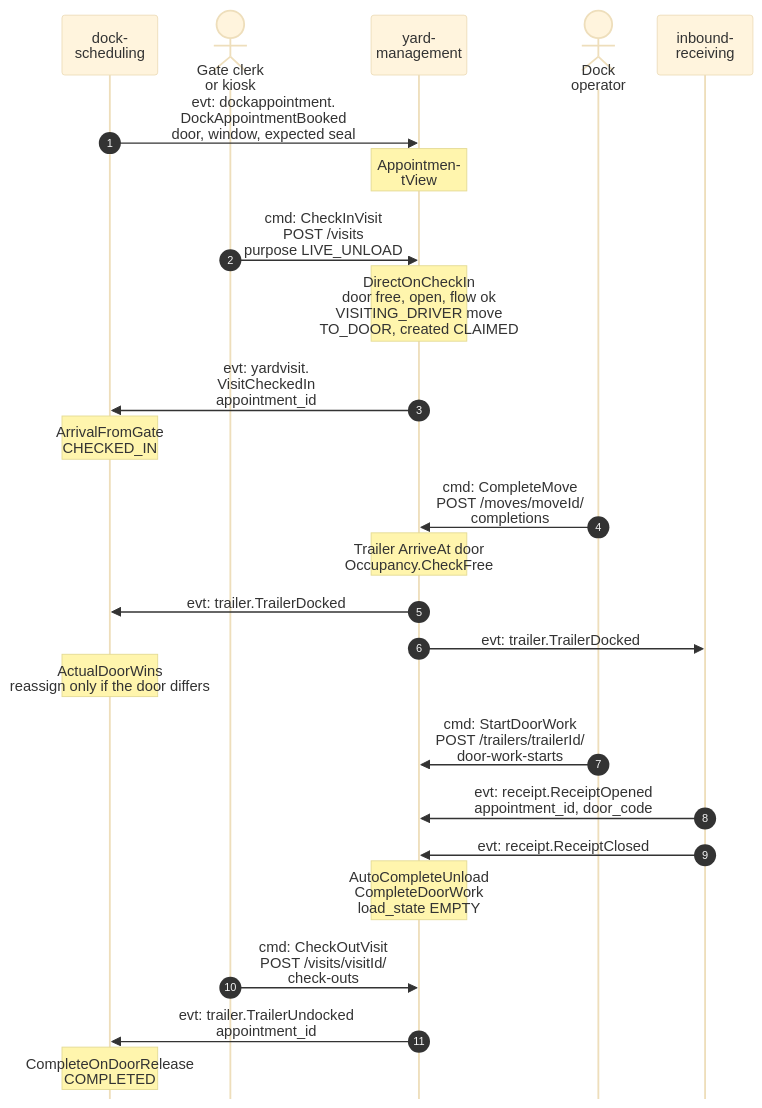
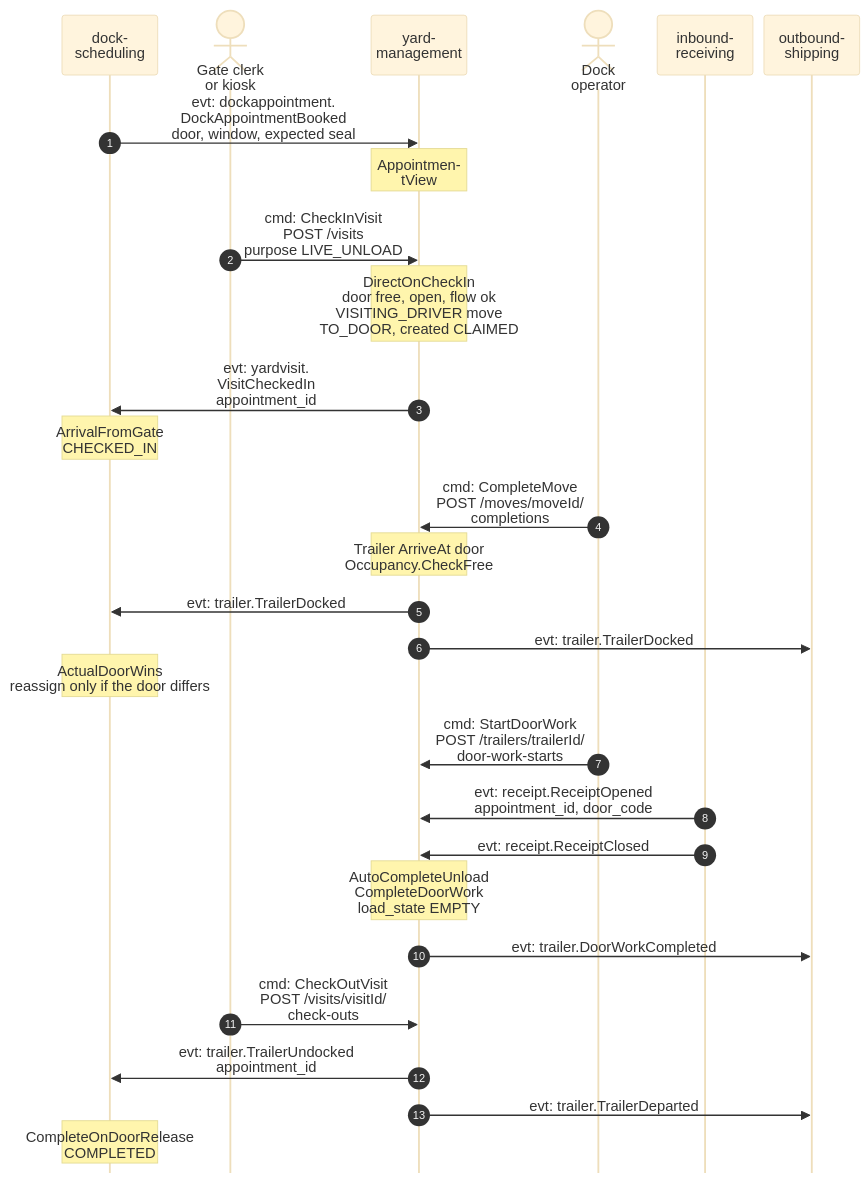
One commit to IQVO/warehouse-docs changed the first of 6 diagrams in yard/docs/contexts/yard-management/domain-message-flow.md. Above: the diagram before and after it, drawn with Mermaid (base theme). The commit also changed other lines of this file and 51 other files, not shown here.

````diff
--- a/yard/docs/contexts/yard-management/domain-message-flow.md
+++ b/yard/docs/contexts/yard-management/domain-message-flow.md
@@ -25,28 +25,31 @@
 ```mermaid
 %%{init: {"sequence": {"wrap": true, "width": 104, "actorMargin": 12, "messageMargin": 26, "boxMargin": 6, "noteMargin": 6, "mirrorActors": false}}}%%
 sequenceDiagram
     autonumber
     participant DS as dock-<br/>scheduling
     actor GC as Gate clerk<br/>or kiosk
     participant YM as yard-<br/>management
     actor DO as Dock<br/>operator
     participant IR as inbound-<br/>receiving
+    participant OS as outbound-<br/>shipping
     DS->>YM: evt: dockappointment.<br/>DockAppointmentBooked<br/>door, window, expected seal
     Note over YM: AppointmentView
     GC->>YM: cmd: CheckInVisit<br/>POST /visits<br/>purpose LIVE_UNLOAD
     Note over YM: DirectOnCheckIn<br/>door free, open, flow ok<br/>VISITING_DRIVER move<br/>TO_DOOR, created CLAIMED
     YM->>DS: evt: yardvisit.<br/>VisitCheckedIn<br/>appointment_id
     Note over DS: ArrivalFromGate<br/>CHECKED_IN
     DO->>YM: cmd: CompleteMove<br/>POST /moves/moveId/<br/>completions
     Note over YM: Trailer ArriveAt door<br/>Occupancy.CheckFree
     YM->>DS: evt: trailer.TrailerDocked
-    YM->>IR: evt: trailer.TrailerDocked
+    YM->>OS: evt: trailer.TrailerDocked
     Note over DS: ActualDoorWins<br/>reassign only if the door differs
     DO->>YM: cmd: StartDoorWork<br/>POST /trailers/trailerId/<br/>door-work-starts
     IR->>YM: evt: receipt.ReceiptOpened<br/>appointment_id, door_code
     IR->>YM: evt: receipt.ReceiptClosed
     Note over YM: AutoCompleteUnload<br/>CompleteDoorWork<br/>load_state EMPTY
+    YM->>OS: evt: trailer.DoorWorkCompleted
     GC->>YM: cmd: CheckOutVisit<br/>POST /visits/visitId/<br/>check-outs
     YM->>DS: evt: trailer.TrailerUndocked<br/>appointment_id
+    YM->>OS: evt: trailer.TrailerDeparted
     Note over DS: CompleteOnDoorRelease<br/>COMPLETED
 ```
````
